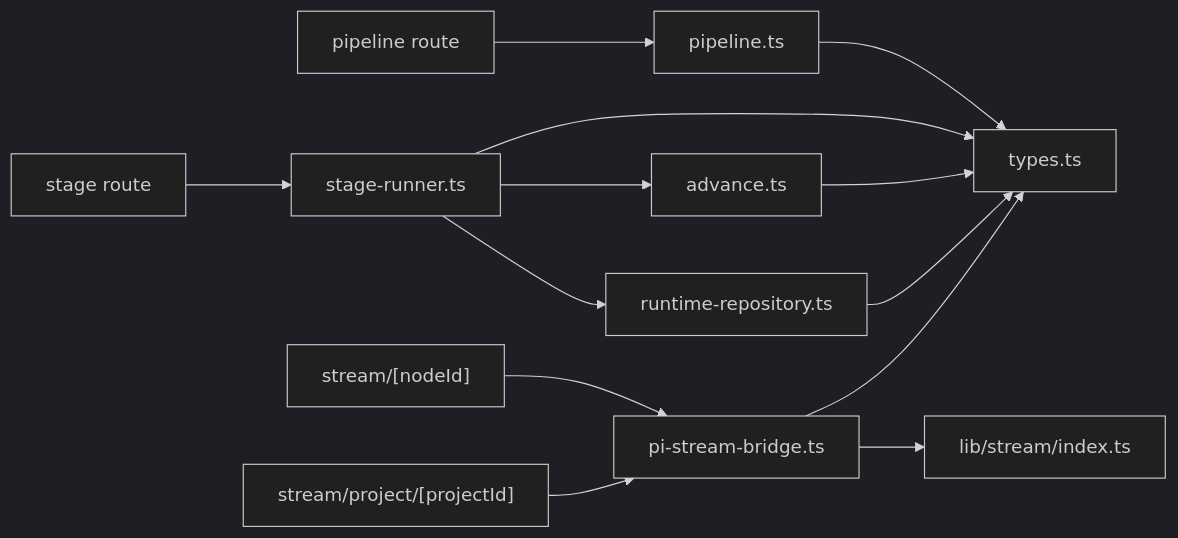
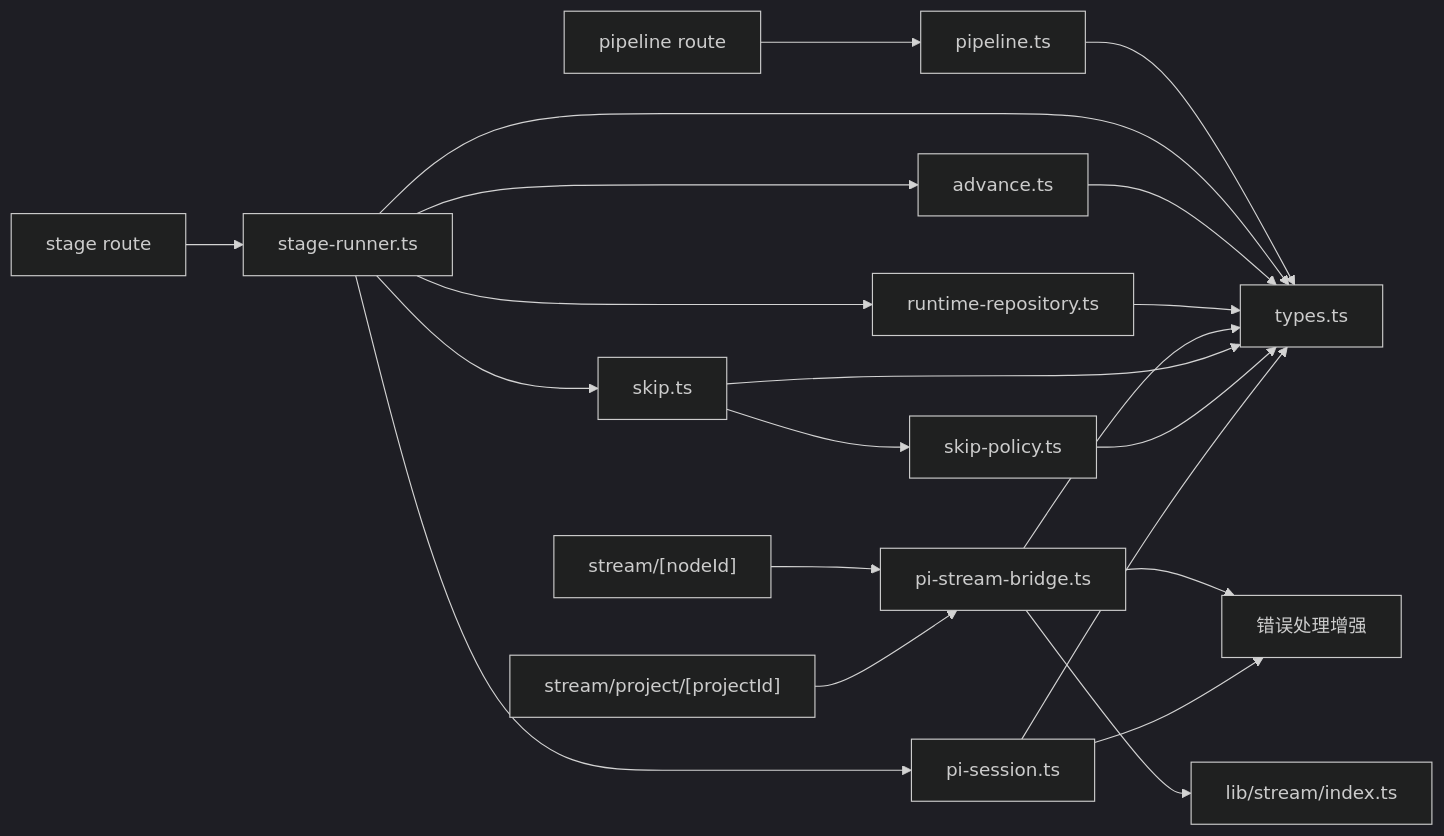
Before and after one commit to scottcwy/PurpleInk: the seventh of 7 diagrams in .qoder/repowiki/zh/content/API参考/导演系统API/导演系统API.md, drawn with Mermaid (dark theme). The commit also changed other lines of this file and 109 other files, not shown here.

````diff
--- a/.qoder/repowiki/zh/content/API参考/导演系统API/导演系统API.md
+++ b/.qoder/repowiki/zh/content/API参考/导演系统API/导演系统API.md
@@ -258,15 +446,23 @@
 ```mermaid
 graph LR
 Route_Pipeline["pipeline route"] --> Feature_Pipeline["pipeline.ts"]
 Route_Stage["stage route"] --> Feature_StageRunner["stage-runner.ts"]
 Feature_StageRunner --> Feature_Advance["advance.ts"]
 Feature_StageRunner --> Feature_RuntimeRepo["runtime-repository.ts"]
+Feature_StageRunner --> Feature_Skip["skip.ts"]
+Feature_StageRunner --> Feature_PiSession["pi-session.ts"]
+Feature_Skip --> Feature_SkipPolicy["skip-policy.ts"]
 Route_Stream_Node["stream/[nodeId]"] --> Feature_StreamBridge["pi-stream-bridge.ts"]
 Route_Stream_Project["stream/project/[projectId]"] --> Feature_StreamBridge
 Feature_StreamBridge --> Lib_Stream["lib/stream/index.ts"]
+Feature_StreamBridge --> ErrorEnhancement["错误处理增强"]
+Feature_PiSession --> ErrorEnhancement
 Feature_Pipeline --> Feature_Types["types.ts"]
 Feature_StageRunner --> Feature_Types
 Feature_Advance --> Feature_Types
 Feature_RuntimeRepo --> Feature_Types
 Feature_StreamBridge --> Feature_Types
+Feature_Skip --> Feature_Types
+Feature_SkipPolicy --> Feature_Types
+Feature_PiSession --> Feature_Types
 ```
````
